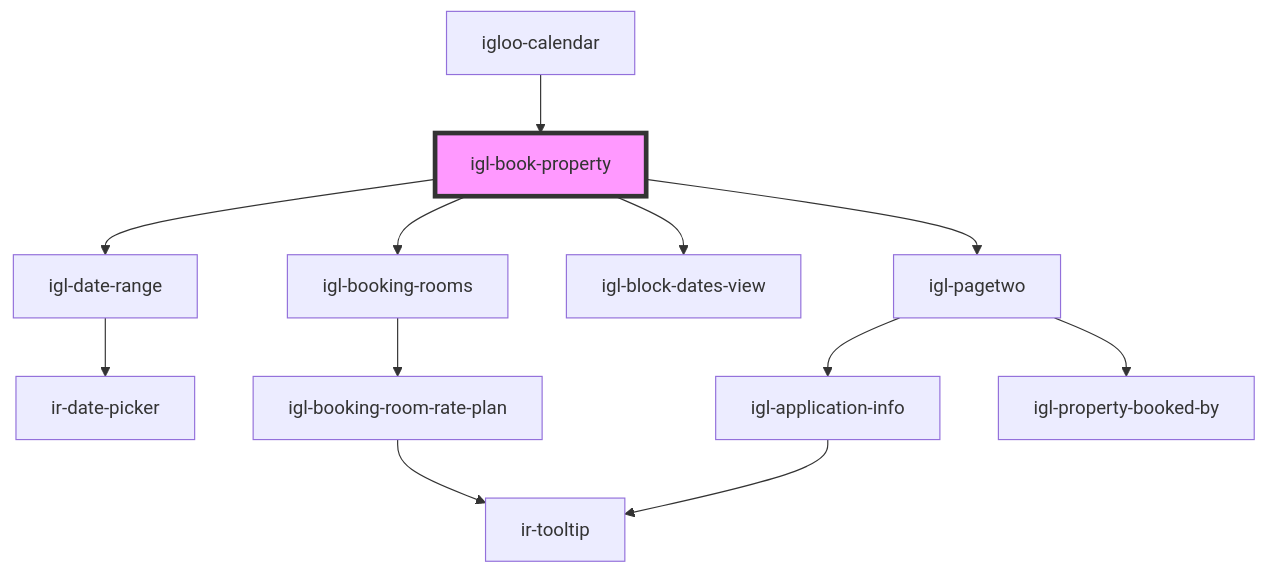
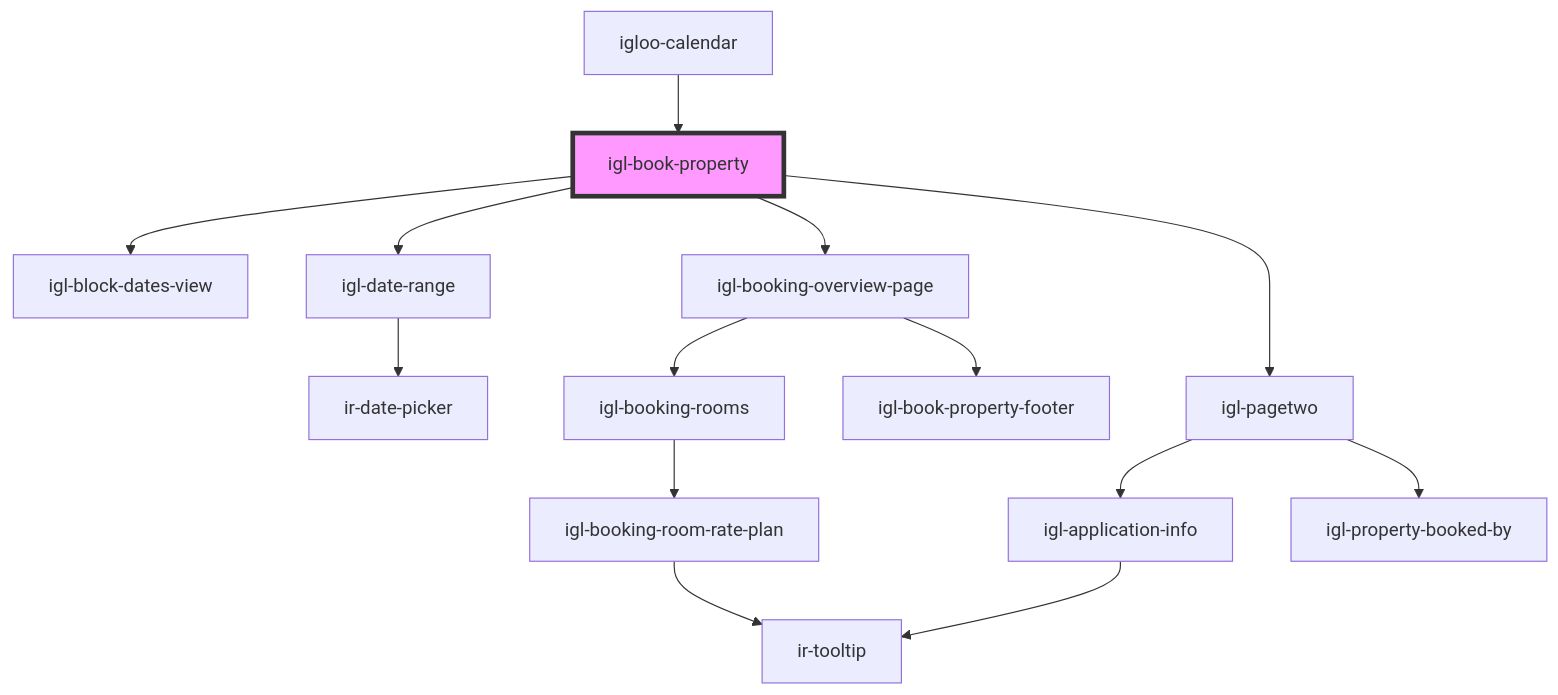
Before and after one commit to David1Chowaifaty/modified-ir-webcmp: the diagram in src/components/igloo-calendar/igl-book-property/readme.md, drawn with Mermaid. The commit also changed other lines of this file and 6 other files, not shown here.

````diff
--- a/src/components/igloo-calendar/igl-book-property/readme.md
+++ b/src/components/igloo-calendar/igl-book-property/readme.md
@@ -44,15 +44,17 @@
 ```mermaid
 graph TD;
+  igl-book-property --> igl-block-dates-view
   igl-book-property --> igl-date-range
-  igl-book-property --> igl-booking-rooms
-  igl-book-property --> igl-block-dates-view
+  igl-book-property --> igl-booking-overview-page
   igl-book-property --> igl-pagetwo
   igl-date-range --> ir-date-picker
+  igl-booking-overview-page --> igl-booking-rooms
+  igl-booking-overview-page --> igl-book-property-footer
   igl-booking-rooms --> igl-booking-room-rate-plan
   igl-booking-room-rate-plan --> ir-tooltip
   igl-pagetwo --> igl-application-info
   igl-pagetwo --> igl-property-booked-by
   igl-application-info --> ir-tooltip
   igloo-calendar --> igl-book-property
   style igl-book-property fill:#f9f,stroke:#333,stroke-width:4px
 ```
````
